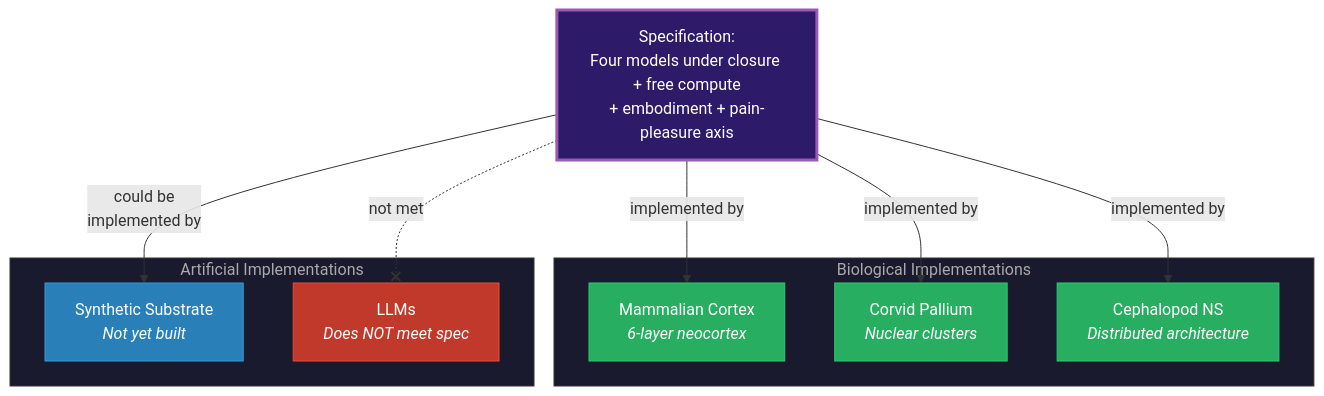
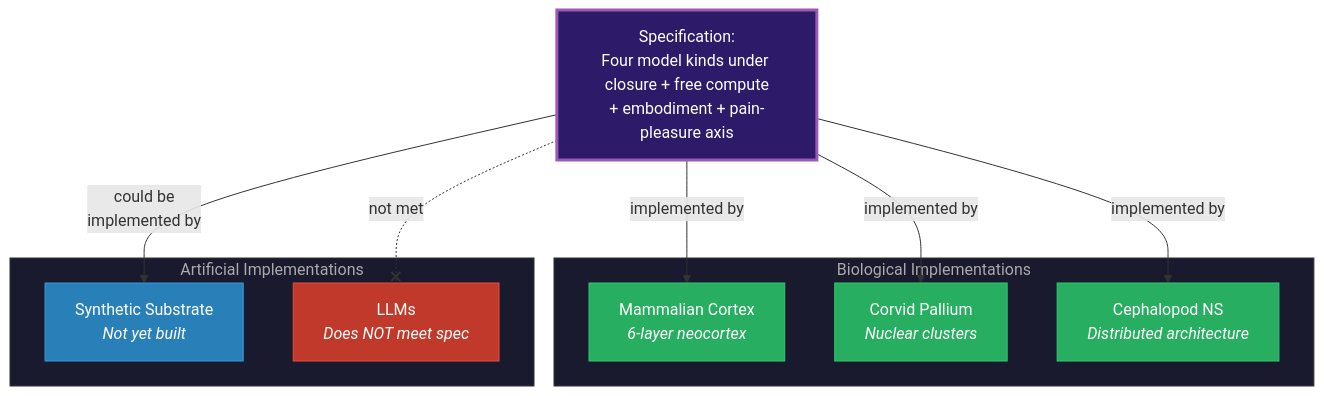
The diagram in wiki/philosophical/substrate-independence.md (JeltzProstetnic/aIware), drawn with Mermaid before and after one commit. The commit also changed other lines of this file and 366 other files, not shown here.

````diff
--- a/wiki/philosophical/substrate-independence.md
+++ b/wiki/philosophical/substrate-independence.md
@@ -47,30 +47,30 @@
 ```mermaid
 graph TB
-    SPEC["Specification:<br/>Four models under closure + free compute<br/>+ embodiment + pain-pleasure axis"]
+    SPEC["Specification:<br/>Four model kinds under closure + free compute<br/>+ embodiment + pain-pleasure axis"]
 
     subgraph BIO["Biological Implementations"]
         MAM["Mammalian Cortex<br/><i>6-layer neocortex</i>"]
         COR["Corvid Pallium<br/><i>Nuclear clusters</i>"]
         CEPH["Cephalopod NS<br/><i>Distributed architecture</i>"]
     end
 
     subgraph ART["Artificial Implementations"]
         SYN["Synthetic Substrate<br/><i>Not yet built</i>"]
         LLM["LLMs<br/><i>Does NOT meet spec</i>"]
     end
 
     SPEC -->|"implemented by"| MAM
     SPEC -->|"implemented by"| COR
     SPEC -->|"implemented by"| CEPH
     SPEC -->|"could be<br/>implemented by"| SYN
     SPEC -.-x|"not met"| LLM
 
     style SPEC fill:#2d1b69,stroke:#9b59b6,color:#fff,stroke-width:3px
     style BIO fill:#1a1a2e,stroke:#333,color:#aaa
     style ART fill:#1a1a2e,stroke:#333,color:#aaa
     style MAM fill:#27ae60,stroke:#2ecc71,color:#fff
     style COR fill:#27ae60,stroke:#2ecc71,color:#fff
     style CEPH fill:#27ae60,stroke:#2ecc71,color:#fff
     style SYN fill:#2980b9,stroke:#3498db,color:#fff
     style LLM fill:#c0392b,stroke:#e74c3c,color:#fff
 ```
````
